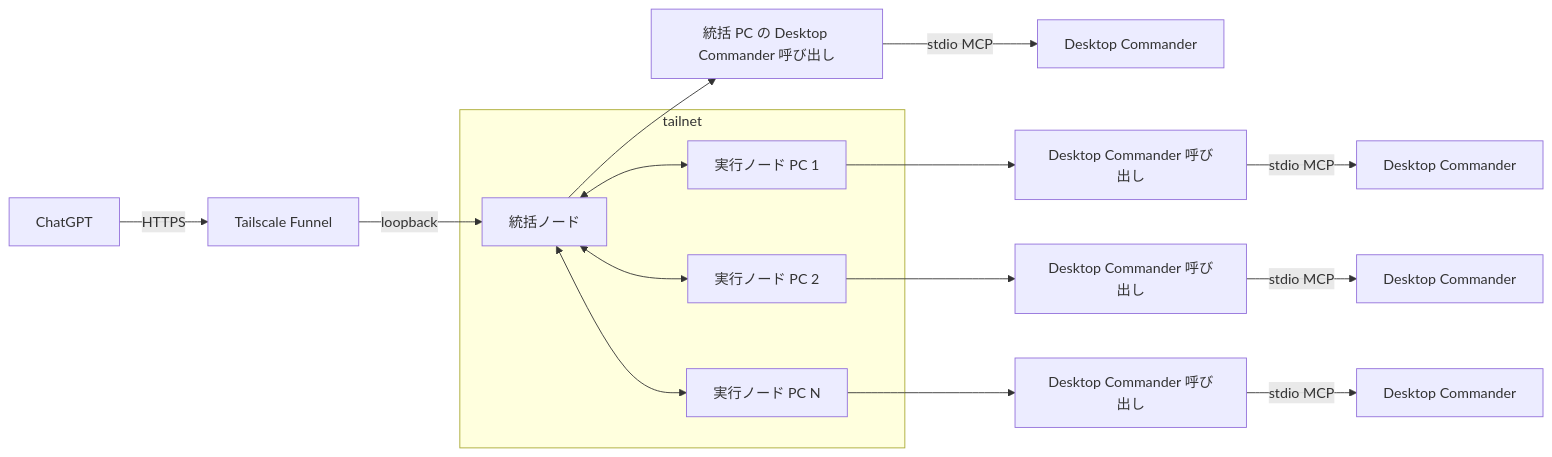
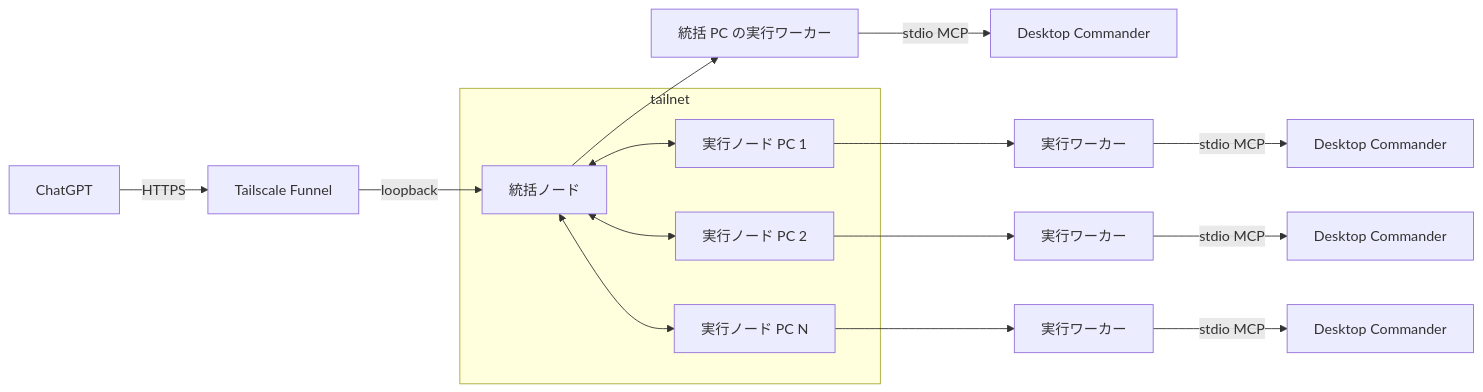
The first of 2 diagrams in doc/design/multi-pc-architecture.md (ssaattww/RemoteDesktopMCP), drawn with Mermaid before and after one commit. The commit also changed other lines of this file and 3 other files, not shown here.

````diff
--- a/doc/design/multi-pc-architecture.md
+++ b/doc/design/multi-pc-architecture.md
@@ -41,17 +41,17 @@
 ```mermaid
 flowchart LR
     ChatGPT[ChatGPT] -->|HTTPS| Funnel[Tailscale Funnel]
     Funnel -->|loopback| C[統括ノード]
-    C --> CA[統括 PC の Desktop Commander 呼び出し]
+    C --> CA[統括 PC の実行ワーカー]
     CA -->|stdio MCP| CD[Desktop Commander]
 
     subgraph Tailnet[tailnet]
         C <--> P1[実行ノード PC 1]
         C <--> P2[実行ノード PC 2]
         C <--> PN[実行ノード PC N]
     end
 
-    P1 --> P1A[Desktop Commander 呼び出し] -->|stdio MCP| P1D[Desktop Commander]
-    P2 --> P2A[Desktop Commander 呼び出し] -->|stdio MCP| P2D[Desktop Commander]
-    PN --> PNA[Desktop Commander 呼び出し] -->|stdio MCP| PND[Desktop Commander]
+    P1 --> P1A[実行ワーカー] -->|stdio MCP| P1D[Desktop Commander]
+    P2 --> P2A[実行ワーカー] -->|stdio MCP| P2D[Desktop Commander]
+    PN --> PNA[実行ワーカー] -->|stdio MCP| PND[Desktop Commander]
 ```
````
